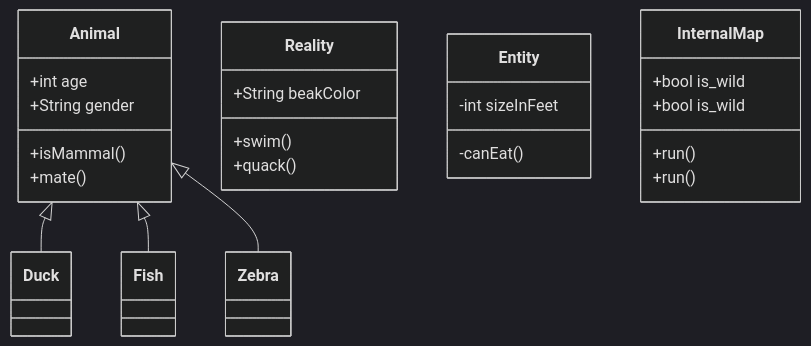
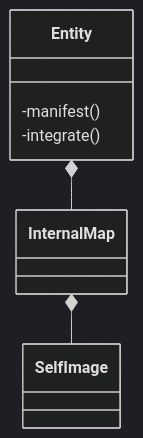
Before and after one commit to jugge/prosperity3d: the second of 2 diagrams in docs/core_model.md, drawn with Mermaid (dark theme). The commit also changed other lines of this file, not shown here.

Commit message:
Update class diagram in core model

````diff
--- a/docs/core_model.md
+++ b/docs/core_model.md
@@ -16,27 +24,20 @@
 ```mermaid
-classDiagram
-    Animal <|-- Duck
-    Animal <|-- Fish
-    Animal <|-- Zebra
-    Animal : +int age
-    Animal : +String gender
-    Animal: +isMammal()
-    Animal: +mate()
-    class Reality{
-      +String beakColor
-      +swim()
-      +quack()
+%% Entity is an actor within Reality
+%% InternalMap is a part of Entity
+%% SelfImage lives within the map
+
+classDiagram    
+	class Entity{
+      -manifest()
+	  -integrate()
     }
-    class Entity{
-      -int sizeInFeet
-      -canEat()
+    
+	class InternalMap{
     }
-    class InternalMap{
-      +bool is_wild
-      +run()
-    }
-    class InternalMap{
-      +bool is_wild
-      +run()
-    }
+	
+	class SelfImage {
+	}
+	     
+	Entity *-- InternalMap
+	InternalMap *-- SelfImage
 ```
````
